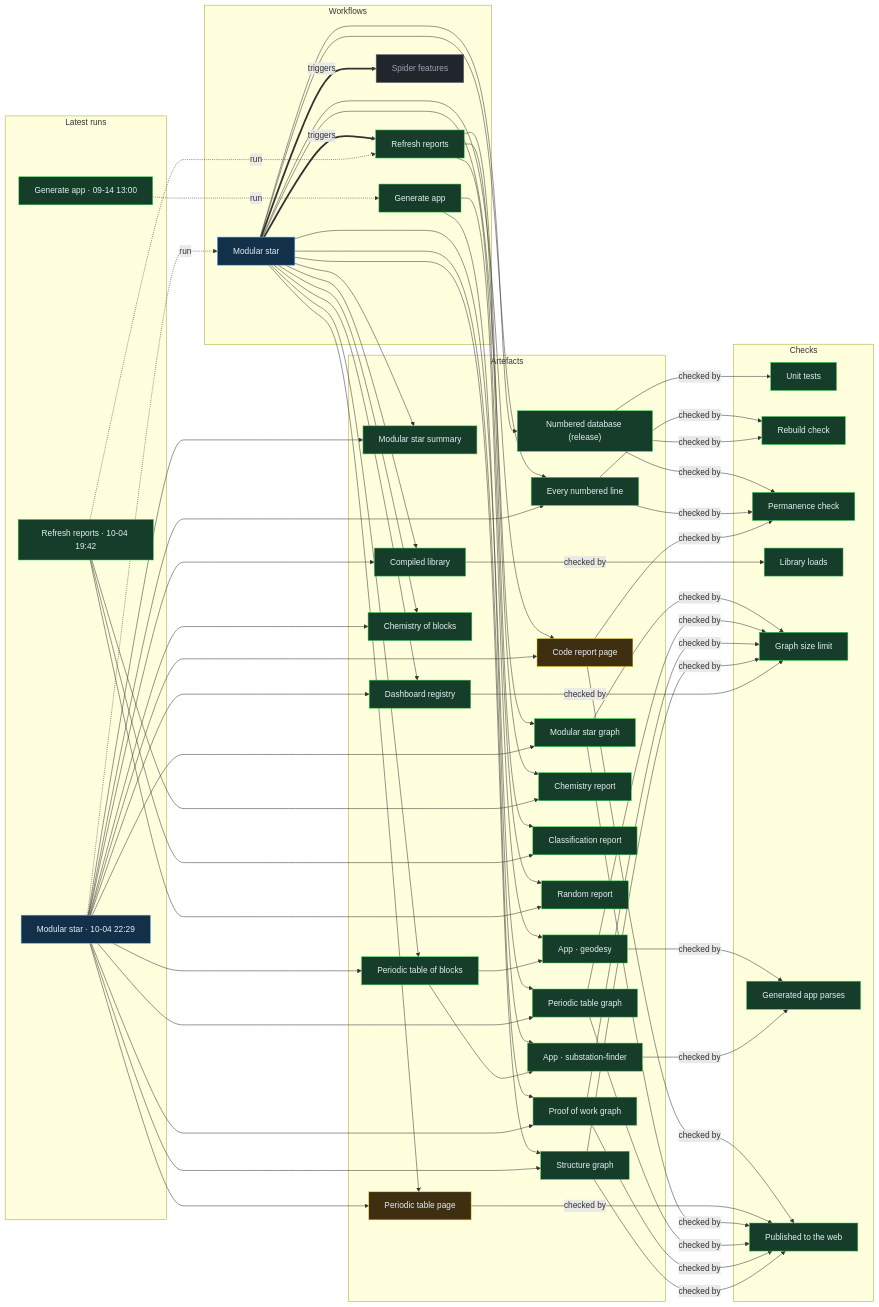
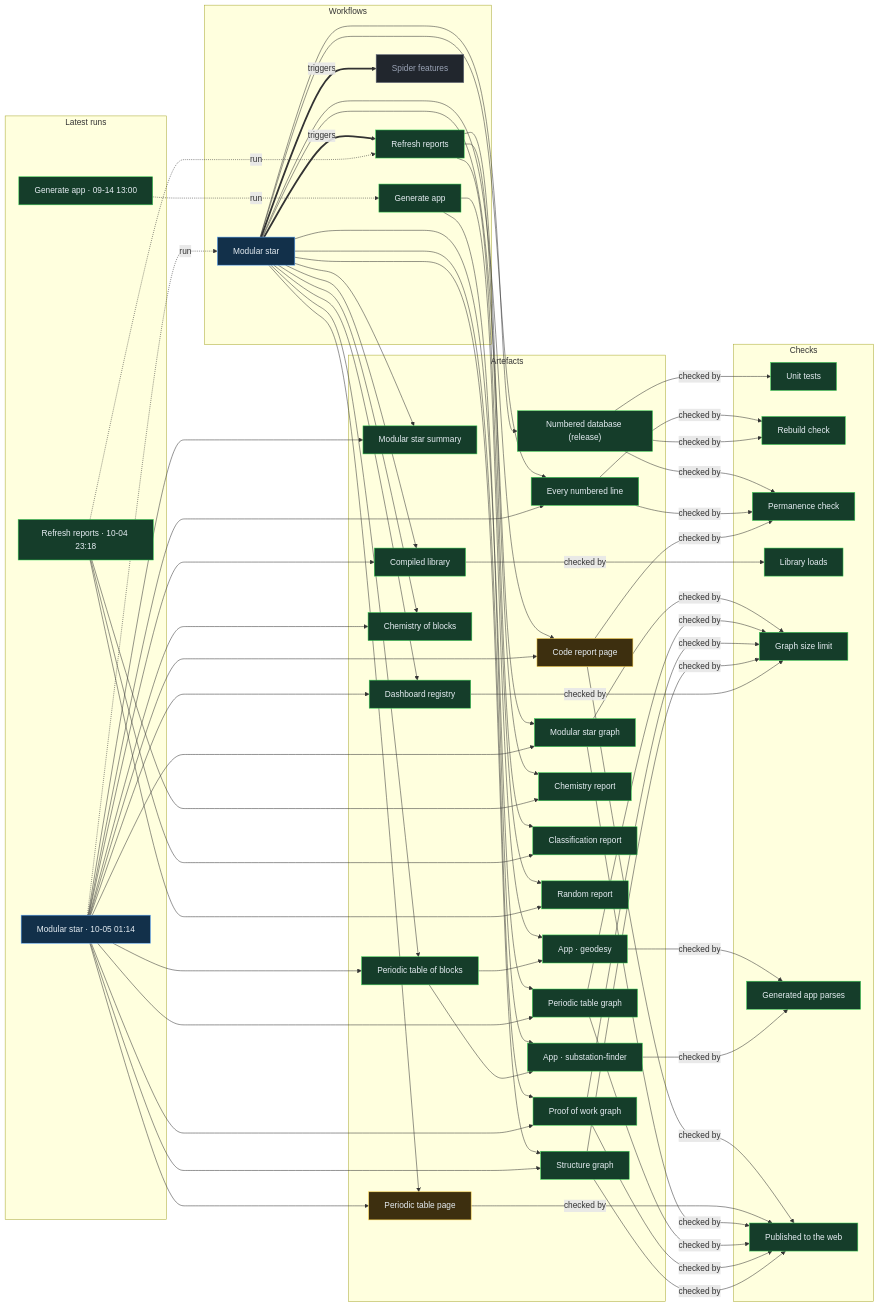
Before and after one commit to Ventusltd/stars: the diagram in proof/PROOF.md, drawn with Mermaid. The commit also changed other lines of this file and 99 other files, not shown here.

Commit message:
Modular star 2026-10-05T01:16Z

```diff
--- a/proof/PROOF.md
+++ b/proof/PROOF.md
@@ -24,8 +24,8 @@
   n_wf_spider_features["Spider features"]:::off
   end
   subgraph g_runs["Latest runs"]
-  n_run_37240227520["Modular star · 10-04 22:29"]:::live
-  n_run_37229333496["Refresh reports · 10-04 19:42"]:::ok
+  n_run_37250636516["Modular star · 10-05 01:14"]:::live
+  n_run_37243302232["Refresh reports · 10-04 23:18"]:::ok
   n_run_34846587798["Generate app · 09-14 13:00"]:::ok
   end
   subgraph g_artefacts["Artefacts"]
@@ -59,39 +59,39 @@
   end
   n_wf_modular_star == triggers ==> n_wf_refresh
   n_wf_modular_star == triggers ==> n_wf_spider_features
-  n_run_37240227520 -. run .-> n_wf_modular_star
-  n_run_37229333496 -. run .-> n_wf_refresh
+  n_run_37250636516 -. run .-> n_wf_modular_star
+  n_run_37243302232 -. run .-> n_wf_refresh
   n_run_34846587798 -. run .-> n_wf_generate
   n_wf_modular_star --> n_art_summary
-  n_run_37240227520 --> n_art_summary
+  n_run_37250636516 --> n_art_summary
   n_wf_modular_star --> n_art_lines
-  n_run_37240227520 --> n_art_lines
+  n_run_37250636516 --> n_art_lines
   n_wf_modular_star --> n_art_code
-  n_run_37240227520 --> n_art_code
+  n_run_37250636516 --> n_art_code
   n_wf_modular_star --> n_art_modular_graph
-  n_run_37240227520 --> n_art_modular_graph
+  n_run_37250636516 --> n_art_modular_graph
   n_wf_modular_star --> n_art_blocks
-  n_run_37240227520 --> n_art_blocks
+  n_run_37250636516 --> n_art_blocks
   n_wf_modular_star --> n_art_table
-  n_run_37240227520 --> n_art_table
+  n_run_37250636516 --> n_art_table
   n_wf_modular_star --> n_art_blocks_graph
-  n_run_37240227520 --> n_art_blocks_graph
+  n_run_37250636516 --> n_art_blocks_graph
   n_wf_modular_star --> n_art_reactions
-  n_run_37240227520 --> n_art_reactions
+  n_run_37250636516 --> n_art_reactions
   n_wf_modular_star --> n_art_library
-  n_run_37240227520 --> n_art_library
+  n_run_37250636516 --> n_art_library
   n_wf_modular_star --> n_art_features
-  n_run_37240227520 --> n_art_features
+  n_run_37250636516 --> n_art_features
   n_wf_modular_star --> n_art_proof
-  n_run_37240227520 --> n_art_proof
+  n_run_37250636516 --> n_art_proof
   n_wf_modular_star --> n_art_structure
-  n_run_37240227520 --> n_art_structure
+  n_run_37250636516 --> n_art_structure
   n_wf_refresh --> n_art_chemistry
-  n_run_37229333496 --> n_art_chemistry
+  n_run_37243302232 --> n_art_chemistry
   n_wf_refresh --> n_art_vedic
-  n_run_37229333496 --> n_art_vedic
+  n_run_37243302232 --> n_art_vedic
   n_wf_refresh --> n_art_random
-  n_run_37229333496 --> n_art_random
+  n_run_37243302232 --> n_art_random
   n_wf_modular_star --> n_art_release
   n_wf_generate --> n_app_geodesy
   n_art_blocks --> n_app_geodesy
```
